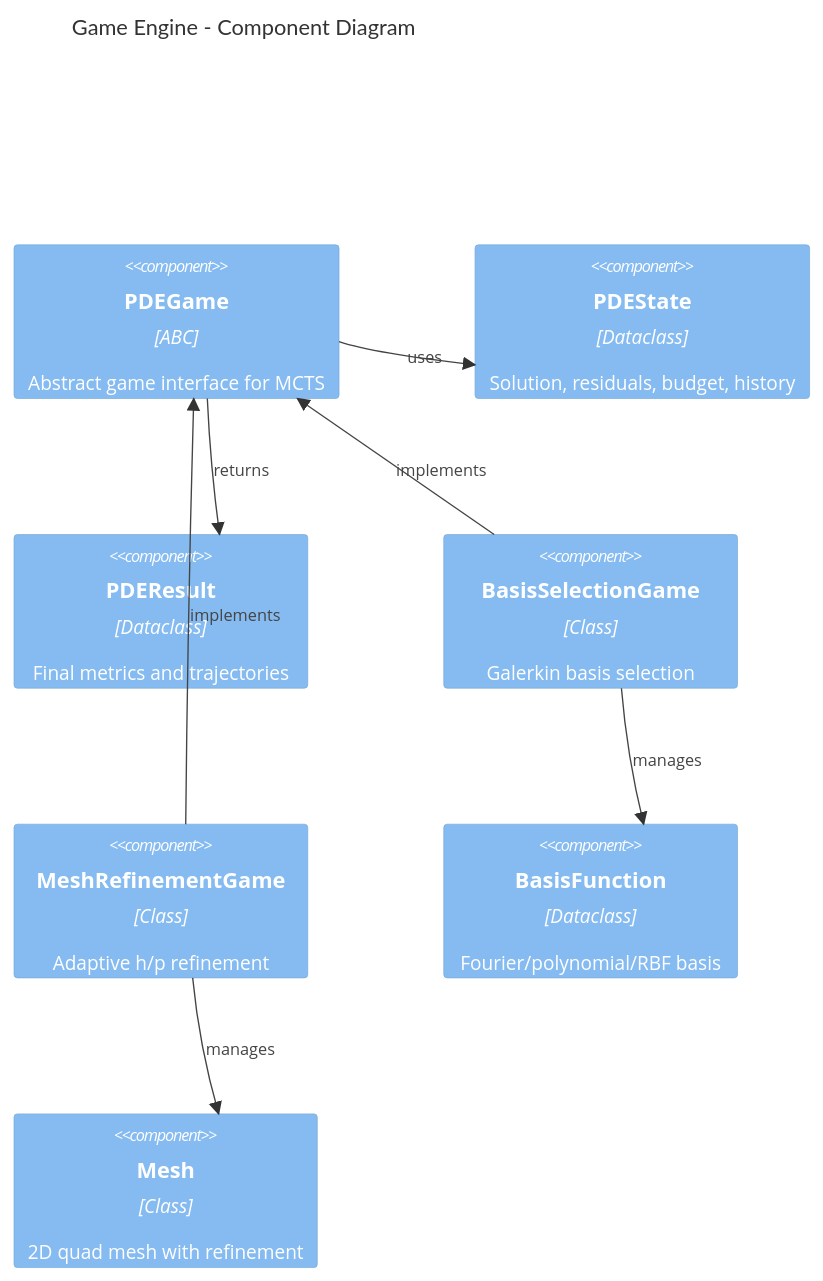
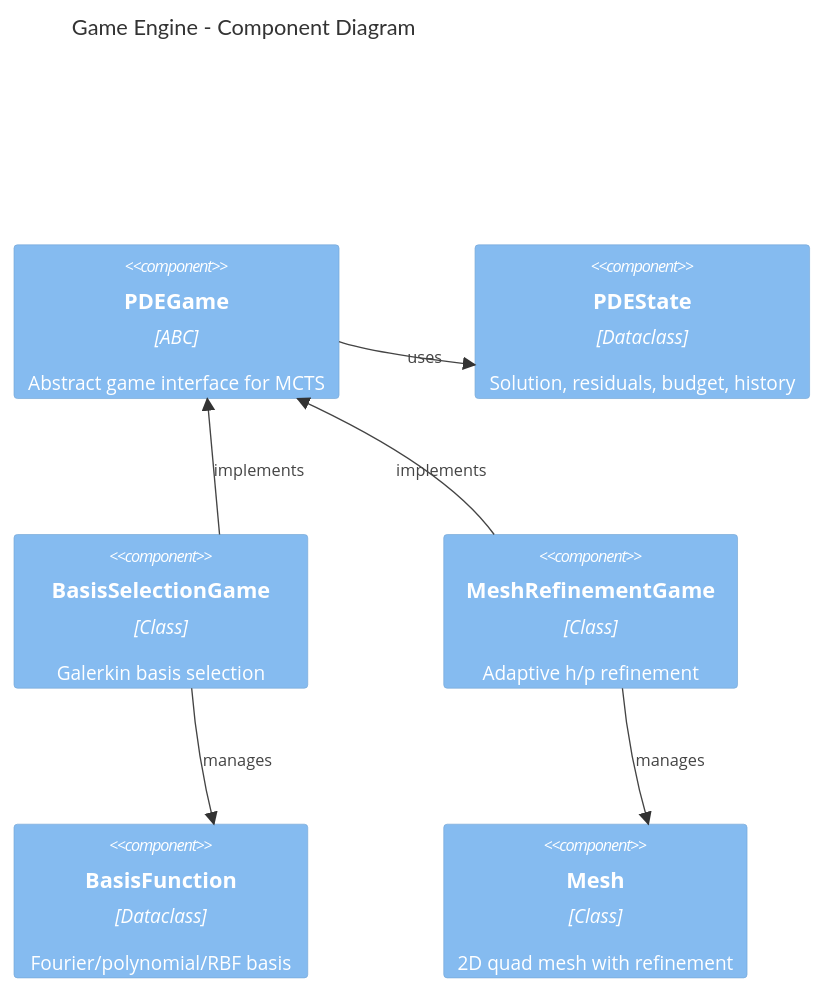
Before and after one commit to ianshank/AlphaGalerkin: the fourth of 11 diagrams in docs/architecture/pde_game_c4.md, drawn with Mermaid. The commit also changed other lines of this file and 7 other files, not shown here.

````diff
--- a/docs/architecture/pde_game_c4.md
+++ b/docs/architecture/pde_game_c4.md
@@ -203,19 +203,17 @@
 ```mermaid
 C4Component
     title Game Engine - Component Diagram
 
     Component(game_base, "PDEGame", "ABC", "Abstract game interface for MCTS")
     Component(state, "PDEState", "Dataclass", "Solution, residuals, budget, history")
-    Component(result, "PDEResult", "Dataclass", "Final metrics and trajectories")
     Component(basis_game, "BasisSelectionGame", "Class", "Galerkin basis selection")
     Component(mesh_game, "MeshRefinementGame", "Class", "Adaptive h/p refinement")
     Component(basis_func, "BasisFunction", "Dataclass", "Fourier/polynomial/RBF basis")
     Component(mesh, "Mesh", "Class", "2D quad mesh with refinement")
 
     Rel(basis_game, game_base, "implements")
     Rel(mesh_game, game_base, "implements")
     Rel(game_base, state, "uses")
-    Rel(game_base, result, "returns")
     Rel(basis_game, basis_func, "manages")
     Rel(mesh_game, mesh, "manages")
 ```
````
